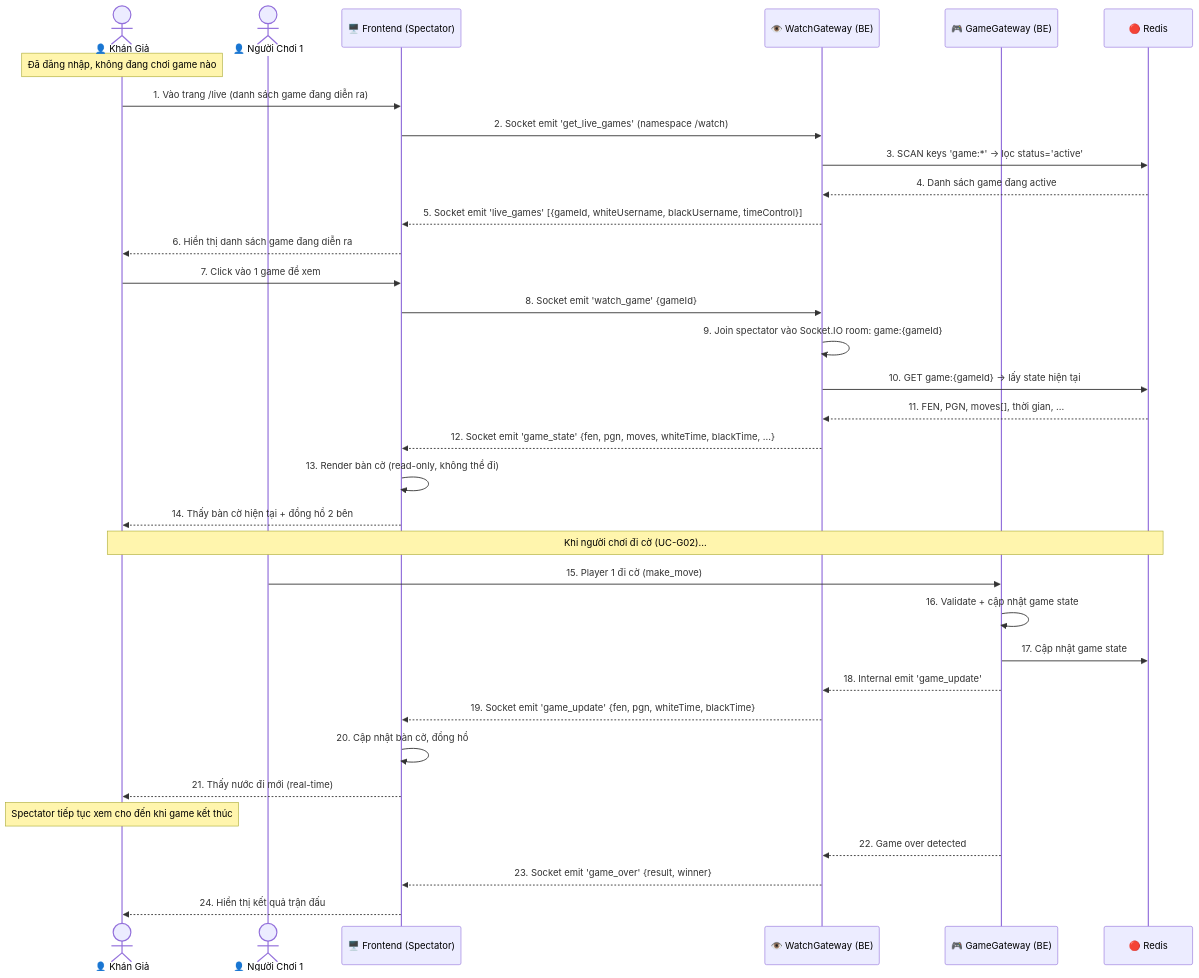
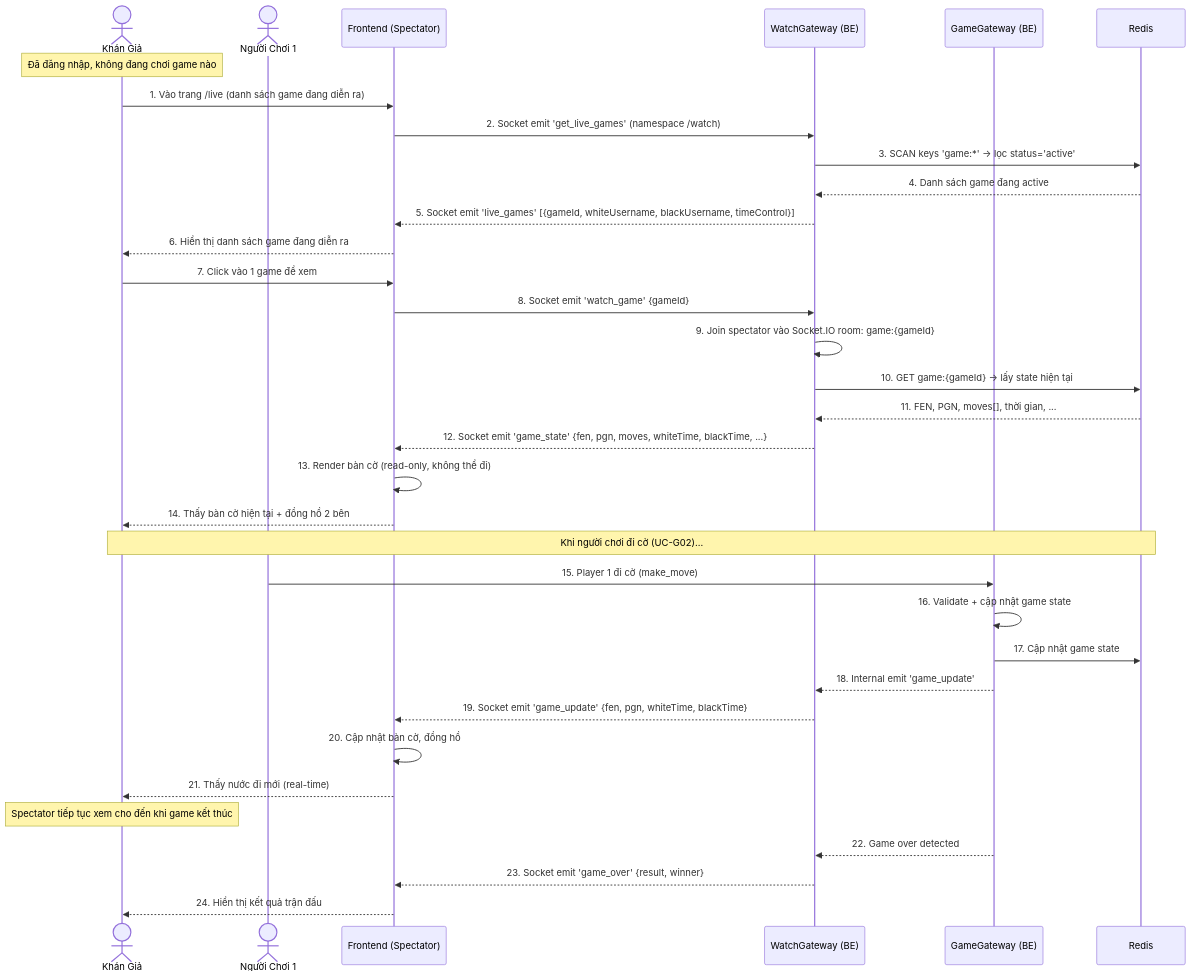
Before and after one commit to legiabao0907/web-chess-real-time: diagram 16 of 22 in docs/sequence-diagrams.md, drawn with Mermaid. The commit also changed other lines of this file, not shown here.

````diff
--- a/docs/sequence-diagrams.md
+++ b/docs/sequence-diagrams.md
@@ -742,43 +742,43 @@
 ```mermaid
 sequenceDiagram
-    actor Spectator as 👤 Khán Giả
-    actor P1 as 👤 Người Chơi 1
-    participant FE as 🖥️ Frontend (Spectator)
-    participant WatchBE as 👁️ WatchGateway (BE)
-    participant GameBE as 🎮 GameGateway (BE)
-    participant Redis as 🔴 Redis
+ actor Spectator as Khán Giả
+ actor P1 as Người Chơi 1
+ participant FE as Frontend (Spectator)
+ participant WatchBE as WatchGateway (BE)
+ participant GameBE as GameGateway (BE)
+ participant Redis as Redis
 
-    Note over Spectator: Đã đăng nhập, không đang chơi game nào
+ Note over Spectator: Đã đăng nhập, không đang chơi game nào
 
-    Spectator->>FE: 1. Vào trang /live (danh sách game đang diễn ra)
-    FE->>WatchBE: 2. Socket emit 'get_live_games' (namespace /watch)
-    WatchBE->>Redis: 3. SCAN keys 'game:*' → lọc status='active'
-    Redis-->>WatchBE: 4. Danh sách game đang active
-    WatchBE-->>FE: 5. Socket emit 'live_games' [{gameId, whiteUsername, blackUsername, timeControl}]
-    FE-->>Spectator: 6. Hiển thị danh sách game đang diễn ra
+ Spectator->>FE: 1. Vào trang /live (danh sách game đang diễn ra)
+ FE->>WatchBE: 2. Socket emit 'get_live_games' (namespace /watch)
+ WatchBE->>Redis: 3. SCAN keys 'game:*' → lọc status='active'
+ Redis-->>WatchBE: 4. Danh sách game đang active
+ WatchBE-->>FE: 5. Socket emit 'live_games' [{gameId, whiteUsername, blackUsername, timeControl}]
+ FE-->>Spectator: 6. Hiển thị danh sách game đang diễn ra
 
-    Spectator->>FE: 7. Click vào 1 game để xem
-    FE->>WatchBE: 8. Socket emit 'watch_game' {gameId}
-    WatchBE->>WatchBE: 9. Join spectator vào Socket.IO room: game:{gameId}
-    WatchBE->>Redis: 10. GET game:{gameId} → lấy state hiện tại
-    Redis-->>WatchBE: 11. FEN, PGN, moves[], thời gian, ...
-    WatchBE-->>FE: 12. Socket emit 'game_state' {fen, pgn, moves, whiteTime, blackTime, ...}
-    FE->>FE: 13. Render bàn cờ (read-only, không thể đi)
-    FE-->>Spectator: 14. Thấy bàn cờ hiện tại + đồng hồ 2 bên
+ Spectator->>FE: 7. Click vào 1 game để xem
+ FE->>WatchBE: 8. Socket emit 'watch_game' {gameId}
+ WatchBE->>WatchBE: 9. Join spectator vào Socket.IO room: game:{gameId}
+ WatchBE->>Redis: 10. GET game:{gameId} → lấy state hiện tại
+ Redis-->>WatchBE: 11. FEN, PGN, moves[], thời gian, ...
+ WatchBE-->>FE: 12. Socket emit 'game_state' {fen, pgn, moves, whiteTime, blackTime, ...}
+ FE->>FE: 13. Render bàn cờ (read-only, không thể đi)
+ FE-->>Spectator: 14. Thấy bàn cờ hiện tại + đồng hồ 2 bên
 
-    Note over Spectator, Redis: Khi người chơi đi cờ (UC-G02)...
+ Note over Spectator, Redis: Khi người chơi đi cờ (UC-G02)...
 
-    P1->>GameBE: 15. Player 1 đi cờ (make_move)
-    GameBE->>GameBE: 16. Validate + cập nhật game state
-    GameBE->>Redis: 17. Cập nhật game state
-    GameBE-->>WatchBE: 18. Internal emit 'game_update'
-    WatchBE-->>FE: 19. Socket emit 'game_update' {fen, pgn, whiteTime, blackTime}
-    FE->>FE: 20. Cập nhật bàn cờ, đồng hồ
-    FE-->>Spectator: 21. Thấy nước đi mới (real-time)
+ P1->>GameBE: 15. Player 1 đi cờ (make_move)
+ GameBE->>GameBE: 16. Validate + cập nhật game state
+ GameBE->>Redis: 17. Cập nhật game state
+ GameBE-->>WatchBE: 18. Internal emit 'game_update'
+ WatchBE-->>FE: 19. Socket emit 'game_update' {fen, pgn, whiteTime, blackTime}
+ FE->>FE: 20. Cập nhật bàn cờ, đồng hồ
+ FE-->>Spectator: 21. Thấy nước đi mới (real-time)
 
-    Note over Spectator: Spectator tiếp tục xem cho đến khi game kết thúc
+ Note over Spectator: Spectator tiếp tục xem cho đến khi game kết thúc
 
-    GameBE-->>WatchBE: 22. Game over detected
-    WatchBE-->>FE: 23. Socket emit 'game_over' {result, winner}
-    FE-->>Spectator: 24. Hiển thị kết quả trận đấu
+ GameBE-->>WatchBE: 22. Game over detected
+ WatchBE-->>FE: 23. Socket emit 'game_over' {result, winner}
+ FE-->>Spectator: 24. Hiển thị kết quả trận đấu
 ```
````
